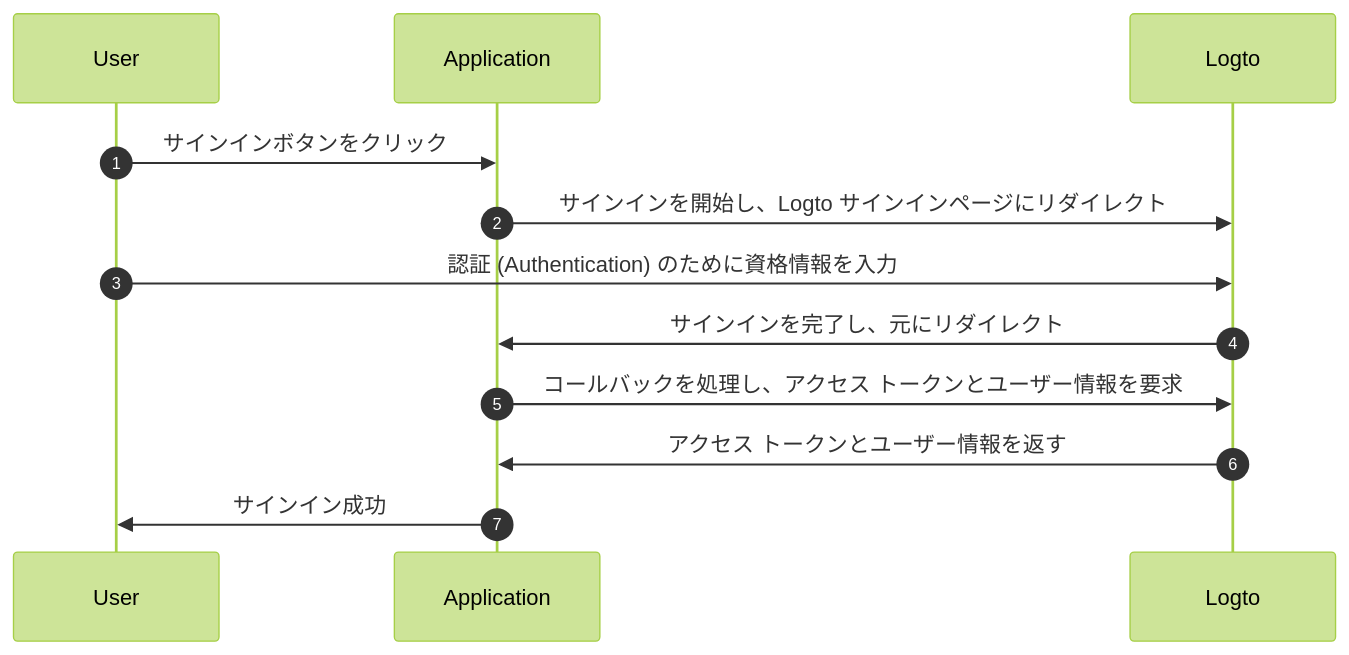
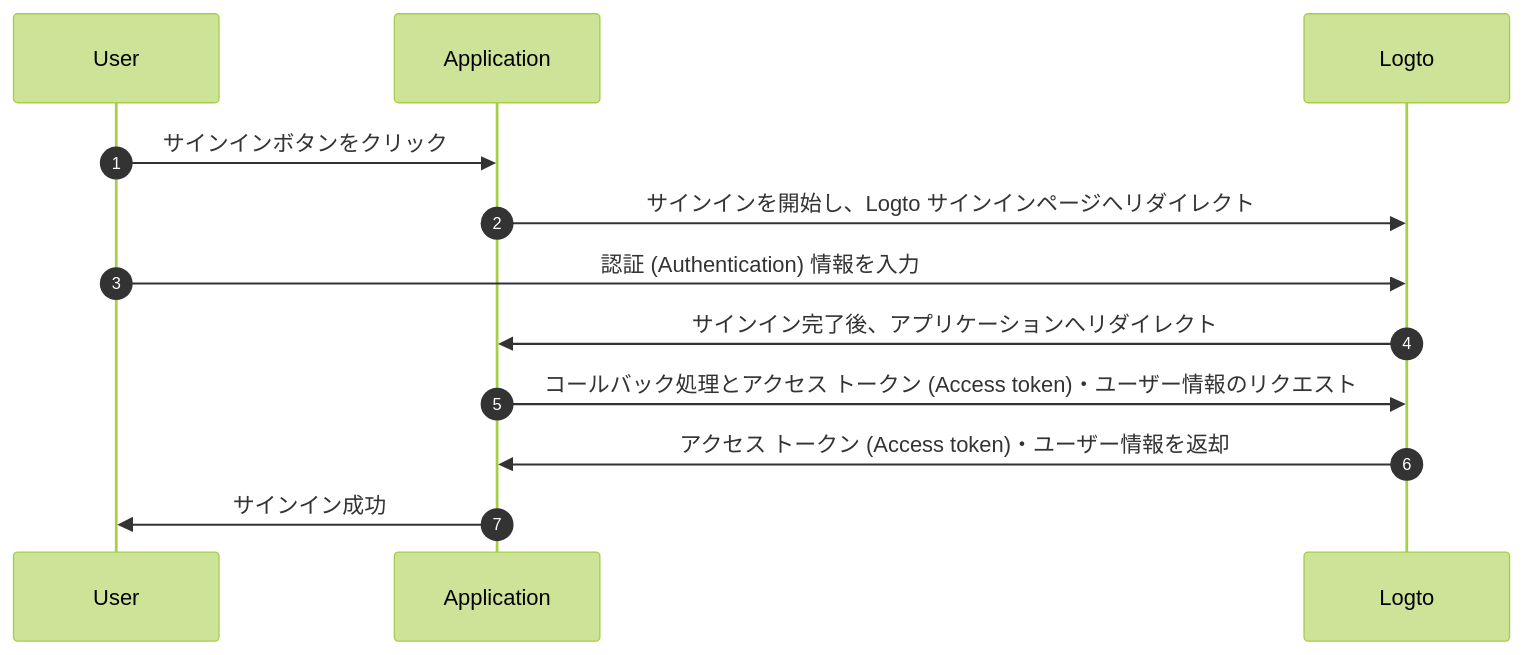
Before and after one commit to logto-io/docs: the first of 4 diagrams in i18n/ja/docusaurus-plugin-content-docs/current/integrate-logto/integrate-logto-into-your-application/understand-authentication-flow.mdx, drawn with Mermaid (forest theme). The commit also changed other lines of this file and 44 other files, not shown here.

````diff
--- a/i18n/ja/docusaurus-plugin-content-docs/current/integrate-logto/integrate-logto-into-your-application/understand-authentication-flow.mdx
+++ b/i18n/ja/docusaurus-plugin-content-docs/current/integrate-logto/integrate-logto-into-your-application/understand-authentication-flow.mdx
@@ -14,15 +14,15 @@
 ```mermaid
 sequenceDiagram
     autonumber
     participant User
     participant Application
     participant Logto
 
     User->>Application: サインインボタンをクリック
-    Application->>Logto: サインインを開始し、Logto サインインページにリダイレクト
-    User->>Logto: 認証 (Authentication) のために資格情報を入力
-    Logto->>Application: サインインを完了し、元にリダイレクト
-    Application->>Logto: コールバックを処理し、アクセス トークンとユーザー情報を要求
-    Logto->>Application: アクセス トークンとユーザー情報を返す
+    Application->>Logto: サインインを開始し、Logto サインインページへリダイレクト
+    User->>Logto: 認証 (Authentication) 情報を入力
+    Logto->>Application: サインイン完了後、アプリケーションへリダイレクト
+    Application->>Logto: コールバック処理とアクセス トークン (Access token)・ユーザー情報のリクエスト
+    Logto->>Application: アクセス トークン (Access token)・ユーザー情報を返却
     Application->>User: サインイン成功
 ```
````
